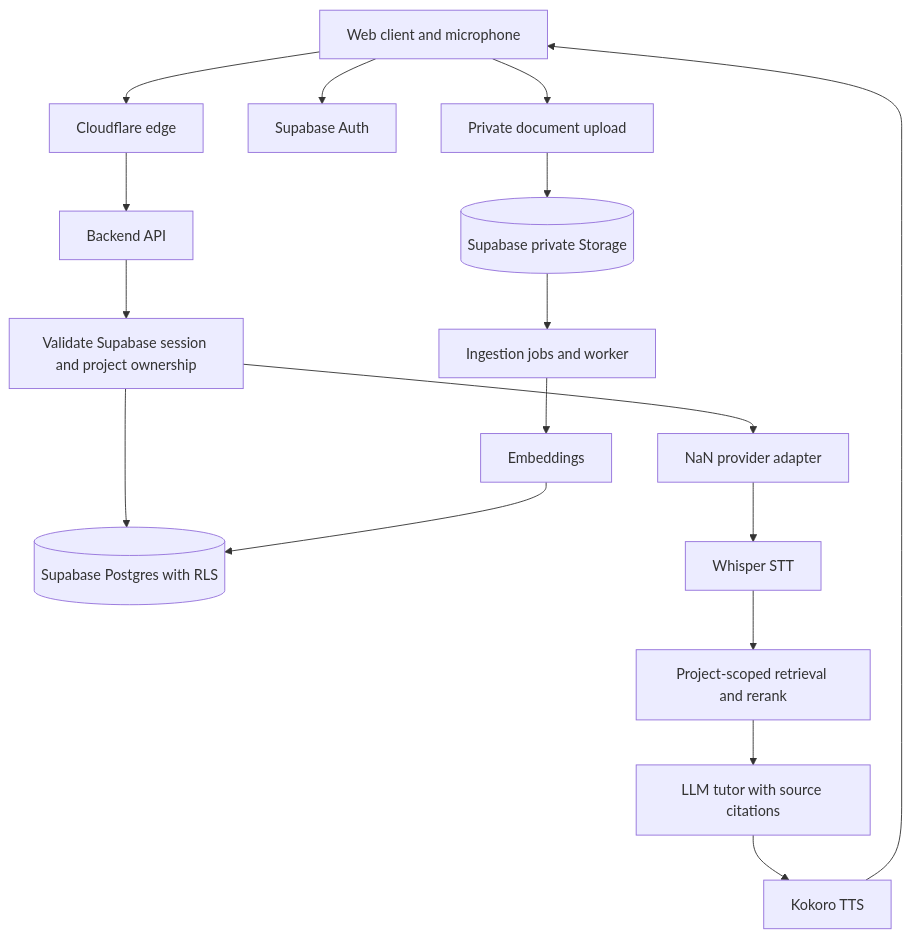
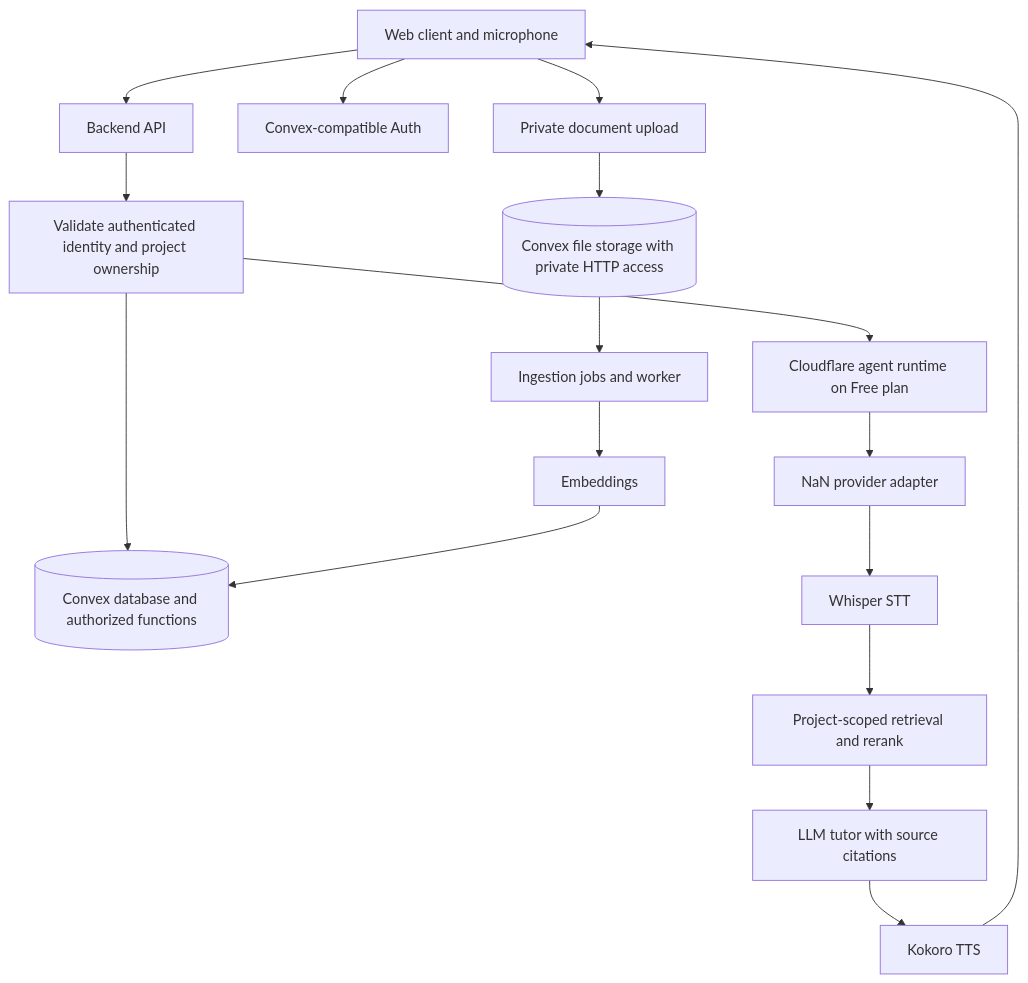
One commit to santos-sanz/learn-anything changed the diagram in README.md. Above: the diagram before and after it, drawn with Mermaid. The commit also changed other lines of this file, not shown here.

````diff
--- a/README.md
+++ b/README.md
@@ -22,19 +23,19 @@
 ```mermaid
 flowchart TD
-  U[Web client and microphone] --> C[Cloudflare edge]
-  C --> A[Backend API]
-  U --> S[Supabase Auth]
-  A --> V[Validate Supabase session and project ownership]
-  V --> D[(Supabase Postgres with RLS)]
-  V --> P[NaN provider adapter]
+  U[Web client and microphone] --> A[Backend API]
+  U --> S[Convex-compatible Auth]
+  A --> V[Validate authenticated identity and project ownership]
+  V --> D[(Convex database and authorized functions)]
+  V --> C[Cloudflare agent runtime on Free plan]
+  C --> P[NaN provider adapter]
   U --> O[Private document upload]
-  O --> B[(Supabase private Storage)]
+  O --> B[(Convex file storage with private HTTP access)]
   B --> J[Ingestion jobs and worker]
   J --> E[Embeddings]
   E --> D
   P --> STT[Whisper STT]
   STT --> R[Project-scoped retrieval and rerank]
   R --> L[LLM tutor with source citations]
   L --> T[Kokoro TTS]
   T --> U
 ```
````
